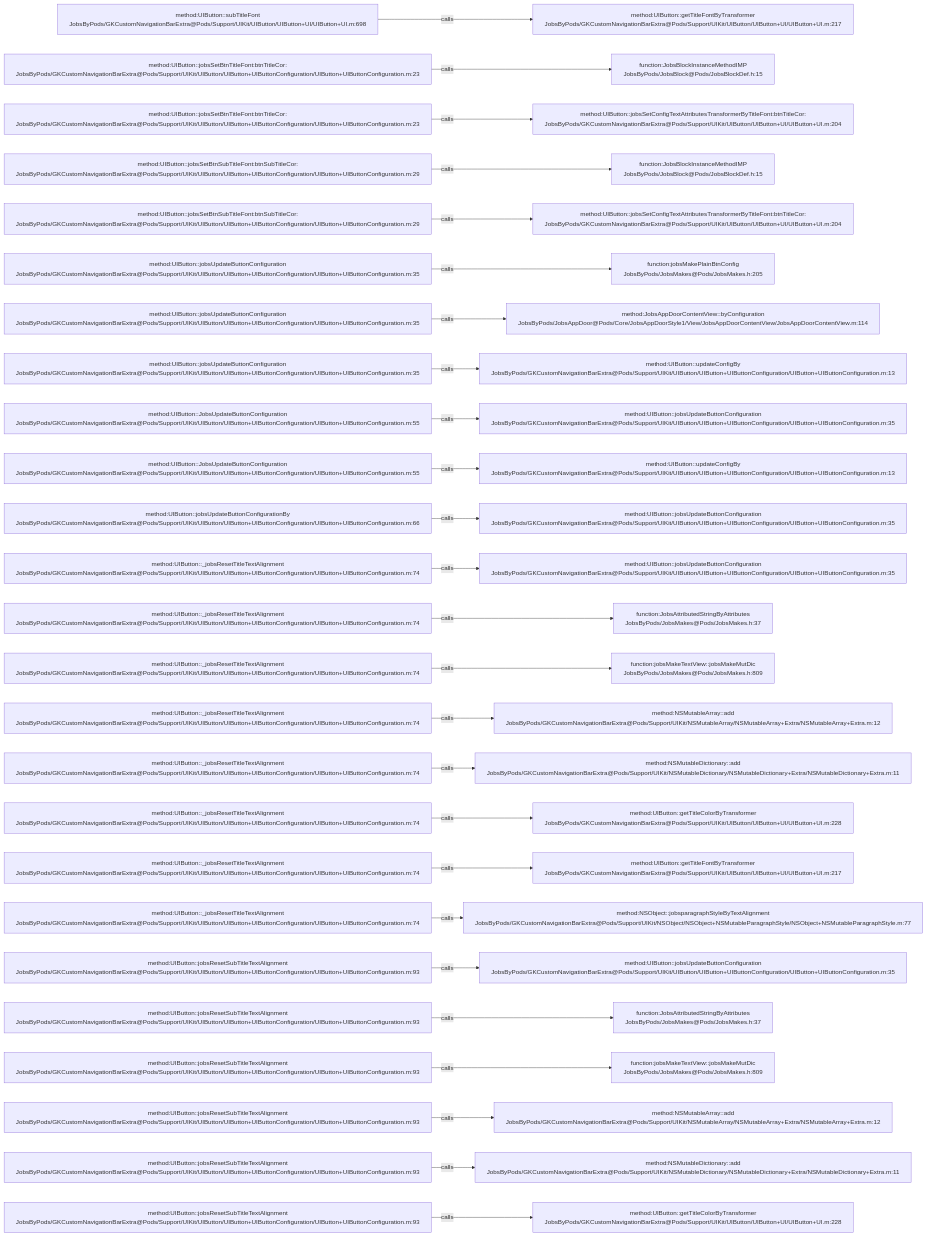
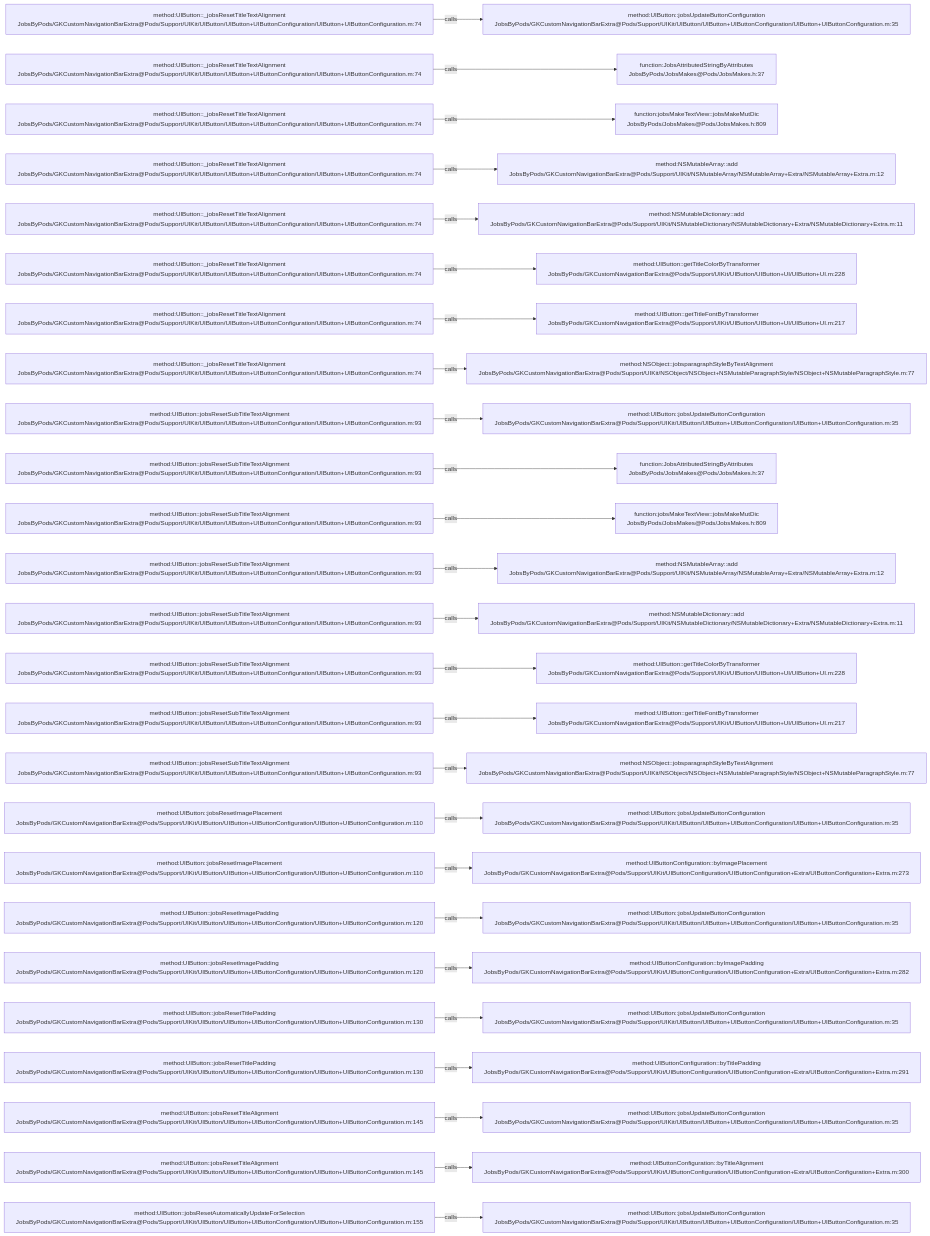
Before and after one commit to JobsKits/JobsOCBaseConfigDemo: the diagram in .codegraph/codegraph.md/graphs/calls-032.md, drawn with Mermaid. The commit also changed 223 other files, not shown here.

````diff
--- a/.codegraph/codegraph.md/graphs/calls-032.md
+++ b/.codegraph/codegraph.md/graphs/calls-032.md
@@ -13,78 +13,78 @@
 ```mermaid
 flowchart LR
-  S1["method:UIButton::subTitleFont<br/>JobsByPods/GKCustomNavigationBarExtra@Pods/Support/UIKit/UIButton/UIButton+UI/UIButton+UI.m:698"]
-  T1["method:UIButton::getTitleFontByTransformer<br/>JobsByPods/GKCustomNavigationBarExtra@Pods/Support/UIKit/UIButton/UIButton+UI/UIButton+UI.m:217"]
+  S1["method:UIButton::_jobsResetTitleTextAlignment<br/>JobsByPods/GKCustomNavigationBarExtra@Pods/Support/UIKit/UIButton/UIButton+UIButtonConfiguration/UIButton+UIButtonConfiguration.m:74"]
+  T1["method:UIButton::jobsUpdateButtonConfiguration<br/>JobsByPods/GKCustomNavigationBarExtra@Pods/Support/UIKit/UIButton/UIButton+UIButtonConfiguration/UIButton+UIButtonConfiguration.m:35"]
   S1 -->|calls| T1
-  S2["method:UIButton::jobsSetBtnTitleFont:btnTitleCor:<br/>JobsByPods/GKCustomNavigationBarExtra@Pods/Support/UIKit/UIButton/UIButton+UIButtonConfiguration/UIButton+UIButtonConfiguration.m:23"]
-  T2["function:JobsBlockInstanceMethodIMP<br/>JobsByPods/JobsBlock@Pods/JobsBlockDef.h:15"]
+  S2["method:UIButton::_jobsResetTitleTextAlignment<br/>JobsByPods/GKCustomNavigationBarExtra@Pods/Support/UIKit/UIButton/UIButton+UIButtonConfiguration/UIButton+UIButtonConfiguration.m:74"]
+  T2["function:JobsAttributedStringByAttributes<br/>JobsByPods/JobsMakes@Pods/JobsMakes.h:37"]
   S2 -->|calls| T2
-  S3["method:UIButton::jobsSetBtnTitleFont:btnTitleCor:<br/>JobsByPods/GKCustomNavigationBarExtra@Pods/Support/UIKit/UIButton/UIButton+UIButtonConfiguration/UIButton+UIButtonConfiguration.m:23"]
-  T3["method:UIButton::jobsSetConfigTextAttributesTransformerByTitleFont:btnTitleCor:<br/>JobsByPods/GKCustomNavigationBarExtra@Pods/Support/UIKit/UIButton/UIButton+UI/UIButton+UI.m:204"]
+  S3["method:UIButton::_jobsResetTitleTextAlignment<br/>JobsByPods/GKCustomNavigationBarExtra@Pods/Support/UIKit/UIButton/UIButton+UIButtonConfiguration/UIButton+UIButtonConfiguration.m:74"]
+  T3["function:jobsMakeTextView::jobsMakeMutDic<br/>JobsByPods/JobsMakes@Pods/JobsMakes.h:809"]
   S3 -->|calls| T3
-  S4["method:UIButton::jobsSetBtnSubTitleFont:btnSubTitleCor:<br/>JobsByPods/GKCustomNavigationBarExtra@Pods/Support/UIKit/UIButton/UIButton+UIButtonConfiguration/UIButton+UIButtonConfiguration.m:29"]
-  T4["function:JobsBlockInstanceMethodIMP<br/>JobsByPods/JobsBlock@Pods/JobsBlockDef.h:15"]
+  S4["method:UIButton::_jobsResetTitleTextAlignment<br/>JobsByPods/GKCustomNavigationBarExtra@Pods/Support/UIKit/UIButton/UIButton+UIButtonConfiguration/UIButton+UIButtonConfiguration.m:74"]
+  T4["method:NSMutableArray::add<br/>JobsByPods/GKCustomNavigationBarExtra@Pods/Support/UIKit/NSMutableArray/NSMutableArray+Extra/NSMutableArray+Extra.m:12"]
   S4 -->|calls| T4
-  S5["method:UIButton::jobsSetBtnSubTitleFont:btnSubTitleCor:<br/>JobsByPods/GKCustomNavigationBarExtra@Pods/Support/UIKit/UIButton/UIButton+UIButtonConfiguration/UIButton+UIButtonConfiguration.m:29"]
-  T5["method:UIButton::jobsSetConfigTextAttributesTransformerByTitleFont:btnTitleCor:<br/>JobsByPods/GKCustomNavigationBarExtra@Pods/Support/UIKit/UIButton/UIButton+UI/UIButton+UI.m:204"]
+  S5["method:UIButton::_jobsResetTitleTextAlignment<br/>JobsByPods/GKCustomNavigationBarExtra@Pods/Support/UIKit/UIButton/UIButton+UIButtonConfiguration/UIButton+UIButtonConfiguration.m:74"]
+  T5["method:NSMutableDictionary::add<br/>JobsByPods/GKCustomNavigationBarExtra@Pods/Support/UIKit/NSMutableDictionary/NSMutableDictionary+Extra/NSMutableDictionary+Extra.m:11"]
   S5 -->|calls| T5
-  S6["method:UIButton::jobsUpdateButtonConfiguration<br/>JobsByPods/GKCustomNavigationBarExtra@Pods/Support/UIKit/UIButton/UIButton+UIButtonConfiguration/UIButton+UIButtonConfiguration.m:35"]
-  T6["function:jobsMakePlainBtnConfig<br/>JobsByPods/JobsMakes@Pods/JobsMakes.h:205"]
+  S6["method:UIButton::_jobsResetTitleTextAlignment<br/>JobsByPods/GKCustomNavigationBarExtra@Pods/Support/UIKit/UIButton/UIButton+UIButtonConfiguration/UIButton+UIButtonConfiguration.m:74"]
+  T6["method:UIButton::getTitleColorByTransformer<br/>JobsByPods/GKCustomNavigationBarExtra@Pods/Support/UIKit/UIButton/UIButton+UI/UIButton+UI.m:228"]
   S6 -->|calls| T6
-  S7["method:UIButton::jobsUpdateButtonConfiguration<br/>JobsByPods/GKCustomNavigationBarExtra@Pods/Support/UIKit/UIButton/UIButton+UIButtonConfiguration/UIButton+UIButtonConfiguration.m:35"]
-  T7["method:JobsAppDoorContentView::byConfiguration<br/>JobsByPods/JobsAppDoor@Pods/Core/JobsAppDoorStyle1/View/JobsAppDoorContentView/JobsAppDoorContentView.m:114"]
+  S7["method:UIButton::_jobsResetTitleTextAlignment<br/>JobsByPods/GKCustomNavigationBarExtra@Pods/Support/UIKit/UIButton/UIButton+UIButtonConfiguration/UIButton+UIButtonConfiguration.m:74"]
+  T7["method:UIButton::getTitleFontByTransformer<br/>JobsByPods/GKCustomNavigationBarExtra@Pods/Support/UIKit/UIButton/UIButton+UI/UIButton+UI.m:217"]
   S7 -->|calls| T7
-  S8["method:UIButton::jobsUpdateButtonConfiguration<br/>JobsByPods/GKCustomNavigationBarExtra@Pods/Support/UIKit/UIButton/UIButton+UIButtonConfiguration/UIButton+UIButtonConfiguration.m:35"]
-  T8["method:UIButton::updateConfigBy<br/>JobsByPods/GKCustomNavigationBarExtra@Pods/Support/UIKit/UIButton/UIButton+UIButtonConfiguration/UIButton+UIButtonConfiguration.m:13"]
+  S8["method:UIButton::_jobsResetTitleTextAlignment<br/>JobsByPods/GKCustomNavigationBarExtra@Pods/Support/UIKit/UIButton/UIButton+UIButtonConfiguration/UIButton+UIButtonConfiguration.m:74"]
+  T8["method:NSObject::jobsparagraphStyleByTextAlignment<br/>JobsByPods/GKCustomNavigationBarExtra@Pods/Support/UIKit/NSObject/NSObject+NSMutableParagraphStyle/NSObject+NSMutableParagraphStyle.m:77"]
   S8 -->|calls| T8
-  S9["method:UIButton::JobsUpdateButtonConfiguration<br/>JobsByPods/GKCustomNavigationBarExtra@Pods/Support/UIKit/UIButton/UIButton+UIButtonConfiguration/UIButton+UIButtonConfiguration.m:55"]
+  S9["method:UIButton::jobsResetSubTitleTextAlignment<br/>JobsByPods/GKCustomNavigationBarExtra@Pods/Support/UIKit/UIButton/UIButton+UIButtonConfiguration/UIButton+UIButtonConfiguration.m:93"]
   T9["method:UIButton::jobsUpdateButtonConfiguration<br/>JobsByPods/GKCustomNavigationBarExtra@Pods/Support/UIKit/UIButton/UIButton+UIButtonConfiguration/UIButton+UIButtonConfiguration.m:35"]
   S9 -->|calls| T9
-  S10["method:UIButton::JobsUpdateButtonConfiguration<br/>JobsByPods/GKCustomNavigationBarExtra@Pods/Support/UIKit/UIButton/UIButton+UIButtonConfiguration/UIButton+UIButtonConfiguration.m:55"]
-  T10["method:UIButton::updateConfigBy<br/>JobsByPods/GKCustomNavigationBarExtra@Pods/Support/UIKit/UIButton/UIButton+UIButtonConfiguration/UIButton+UIButtonConfiguration.m:13"]
+  S10["method:UIButton::jobsResetSubTitleTextAlignment<br/>JobsByPods/GKCustomNavigationBarExtra@Pods/Support/UIKit/UIButton/UIButton+UIButtonConfiguration/UIButton+UIButtonConfiguration.m:93"]
+  T10["function:JobsAttributedStringByAttributes<br/>JobsByPods/JobsMakes@Pods/JobsMakes.h:37"]
   S10 -->|calls| T10
-  S11["method:UIButton::jobsUpdateButtonConfigurationBy<br/>JobsByPods/GKCustomNavigationBarExtra@Pods/Support/UIKit/UIButton/UIButton+UIButtonConfiguration/UIButton+UIButtonConfiguration.m:66"]
-  T11["method:UIButton::jobsUpdateButtonConfiguration<br/>JobsByPods/GKCustomNavigationBarExtra@Pods/Support/UIKit/UIButton/UIButton+UIButtonConfiguration/UIButton+UIButtonConfiguration.m:35"]
+  S11["method:UIButton::jobsResetSubTitleTextAlignment<br/>JobsByPods/GKCustomNavigationBarExtra@Pods/Support/UIKit/UIButton/UIButton+UIButtonConfiguration/UIButton+UIButtonConfiguration.m:93"]
+  T11["function:jobsMakeTextView::jobsMakeMutDic<br/>JobsByPods/JobsMakes@Pods/JobsMakes.h:809"]
   S11 -->|calls| T11
-  S12["method:UIButton::_jobsResetTitleTextAlignment<br/>JobsByPods/GKCustomNavigationBarExtra@Pods/Support/UIKit/UIButton/UIButton+UIButtonConfiguration/UIButton+UIButtonConfiguration.m:74"]
-  T12["method:UIButton::jobsUpdateButtonConfiguration<br/>JobsByPods/GKCustomNavigationBarExtra@Pods/Support/UIKit/UIButton/UIButton+UIButtonConfiguration/UIButton+UIButtonConfiguration.m:35"]
+  S12["method:UIButton::jobsResetSubTitleTextAlignment<br/>JobsByPods/GKCustomNavigationBarExtra@Pods/Support/UIKit/UIButton/UIButton+UIButtonConfiguration/UIButton+UIButtonConfiguration.m:93"]
+  T12["method:NSMutableArray::add<br/>JobsByPods/GKCustomNavigationBarExtra@Pods/Support/UIKit/NSMutableArray/NSMutableArray+Extra/NSMutableArray+Extra.m:12"]
   S12 -->|calls| T12
-  S13["method:UIButton::_jobsResetTitleTextAlignment<br/>JobsByPods/GKCustomNavigationBarExtra@Pods/Support/UIKit/UIButton/UIButton+UIButtonConfiguration/UIButton+UIButtonConfiguration.m:74"]
-  T13["function:JobsAttributedStringByAttributes<br/>JobsByPods/JobsMakes@Pods/JobsMakes.h:37"]
+  S13["method:UIButton::jobsResetSubTitleTextAlignment<br/>JobsByPods/GKCustomNavigationBarExtra@Pods/Support/UIKit/UIButton/UIButton+UIButtonConfiguration/UIButton+UIButtonConfiguration.m:93"]
+  T13["method:NSMutableDictionary::add<br/>JobsByPods/GKCustomNavigationBarExtra@Pods/Support/UIKit/NSMutableDictionary/NSMutableDictionary+Extra/NSMutableDictionary+Extra.m:11"]
   S13 -->|calls| T13
-  S14["method:UIButton::_jobsResetTitleTextAlignment<br/>JobsByPods/GKCustomNavigationBarExtra@Pods/Support/UIKit/UIButton/UIButton+UIButtonConfiguration/UIButton+UIButtonConfiguration.m:74"]
-  T14["function:jobsMakeTextView::jobsMakeMutDic<br/>JobsByPods/JobsMakes@Pods/JobsMakes.h:809"]
+  S14["method:UIButton::jobsResetSubTitleTextAlignment<br/>JobsByPods/GKCustomNavigationBarExtra@Pods/Support/UIKit/UIButton/UIButton+UIButtonConfiguration/UIButton+UIButtonConfiguration.m:93"]
+  T14["method:UIButton::getTitleColorByTransformer<br/>JobsByPods/GKCustomNavigationBarExtra@Pods/Support/UIKit/UIButton/UIButton+UI/UIButton+UI.m:228"]
   S14 -->|calls| T14
-  S15["method:UIButton::_jobsResetTitleTextAlignment<br/>JobsByPods/GKCustomNavigationBarExtra@Pods/Support/UIKit/UIButton/UIButton+UIButtonConfiguration/UIButton+UIButtonConfiguration.m:74"]
-  T15["method:NSMutableArray::add<br/>JobsByPods/GKCustomNavigationBarExtra@Pods/Support/UIKit/NSMutableArray/NSMutableArray+Extra/NSMutableArray+Extra.m:12"]
+  S15["method:UIButton::jobsResetSubTitleTextAlignment<br/>JobsByPods/GKCustomNavigationBarExtra@Pods/Support/UIKit/UIButton/UIButton+UIButtonConfiguration/UIButton+UIButtonConfiguration.m:93"]
+  T15["method:UIButton::getTitleFontByTransformer<br/>JobsByPods/GKCustomNavigationBarExtra@Pods/Support/UIKit/UIButton/UIButton+UI/UIButton+UI.m:217"]
   S15 -->|calls| T15
-  S16["method:UIButton::_jobsResetTitleTextAlignment<br/>JobsByPods/GKCustomNavigationBarExtra@Pods/Support/UIKit/UIButton/UIButton+UIButtonConfiguration/UIButton+UIButtonConfiguration.m:74"]
-  T16["method:NSMutableDictionary::add<br/>JobsByPods/GKCustomNavigationBarExtra@Pods/Support/UIKit/NSMutableDictionary/NSMutableDictionary+Extra/NSMutableDictionary+Extra.m:11"]
+  S16["method:UIButton::jobsResetSubTitleTextAlignment<br/>JobsByPods/GKCustomNavigationBarExtra@Pods/Support/UIKit/UIButton/UIButton+UIButtonConfiguration/UIButton+UIButtonConfiguration.m:93"]
+  T16["method:NSObject::jobsparagraphStyleByTextAlignment<br/>JobsByPods/GKCustomNavigationBarExtra@Pods/Support/UIKit/NSObject/NSObject+NSMutableParagraphStyle/NSObject+NSMutableParagraphStyle.m:77"]
   S16 -->|calls| T16
-  S17["method:UIButton::_jobsResetTitleTextAlignment<br/>JobsByPods/GKCustomNavigationBarExtra@Pods/Support/UIKit/UIButton/UIButton+UIButtonConfiguration/UIButton+UIButtonConfiguration.m:74"]
-  T17["method:UIButton::getTitleColorByTransformer<br/>JobsByPods/GKCustomNavigationBarExtra@Pods/Support/UIKit/UIButton/UIButton+UI/UIButton+UI.m:228"]
+  S17["method:UIButton::jobsResetImagePlacement<br/>JobsByPods/GKCustomNavigationBarExtra@Pods/Support/UIKit/UIButton/UIButton+UIButtonConfiguration/UIButton+UIButtonConfiguration.m:110"]
+  T17["method:UIButton::jobsUpdateButtonConfiguration<br/>JobsByPods/GKCustomNavigationBarExtra@Pods/Support/UIKit/UIButton/UIButton+UIButtonConfiguration/UIButton+UIButtonConfiguration.m:35"]
   S17 -->|calls| T17
-  S18["method:UIButton::_jobsResetTitleTextAlignment<br/>JobsByPods/GKCustomNavigationBarExtra@Pods/Support/UIKit/UIButton/UIButton+UIButtonConfiguration/UIButton+UIButtonConfiguration.m:74"]
-  T18["method:UIButton::getTitleFontByTransformer<br/>JobsByPods/GKCustomNavigationBarExtra@Pods/Support/UIKit/UIButton/UIButton+UI/UIButton+UI.m:217"]
+  S18["method:UIButton::jobsResetImagePlacement<br/>JobsByPods/GKCustomNavigationBarExtra@Pods/Support/UIKit/UIButton/UIButton+UIButtonConfiguration/UIButton+UIButtonConfiguration.m:110"]
+  T18["method:UIButtonConfiguration::byImagePlacement<br/>JobsByPods/GKCustomNavigationBarExtra@Pods/Support/UIKit/UIButtonConfiguration/UIButtonConfiguration+Extra/UIButtonConfiguration+Extra.m:273"]
   S18 -->|calls| T18
-  S19["method:UIButton::_jobsResetTitleTextAlignment<br/>JobsByPods/GKCustomNavigationBarExtra@Pods/Support/UIKit/UIButton/UIButton+UIButtonConfiguration/UIButton+UIButtonConfiguration.m:74"]
-  T19["method:NSObject::jobsparagraphStyleByTextAlignment<br/>JobsByPods/GKCustomNavigationBarExtra@Pods/Support/UIKit/NSObject/NSObject+NSMutableParagraphStyle/NSObject+NSMutableParagraphStyle.m:77"]
+  S19["method:UIButton::jobsResetImagePadding<br/>JobsByPods/GKCustomNavigationBarExtra@Pods/Support/UIKit/UIButton/UIButton+UIButtonConfiguration/UIButton+UIButtonConfiguration.m:120"]
+  T19["method:UIButton::jobsUpdateButtonConfiguration<br/>JobsByPods/GKCustomNavigationBarExtra@Pods/Support/UIKit/UIButton/UIButton+UIButtonConfiguration/UIButton+UIButtonConfiguration.m:35"]
   S19 -->|calls| T19
-  S20["method:UIButton::jobsResetSubTitleTextAlignment<br/>JobsByPods/GKCustomNavigationBarExtra@Pods/Support/UIKit/UIButton/UIButton+UIButtonConfiguration/UIButton+UIButtonConfiguration.m:93"]
-  T20["method:UIButton::jobsUpdateButtonConfiguration<br/>JobsByPods/GKCustomNavigationBarExtra@Pods/Support/UIKit/UIButton/UIButton+UIButtonConfiguration/UIButton+UIButtonConfiguration.m:35"]
+  S20["method:UIButton::jobsResetImagePadding<br/>JobsByPods/GKCustomNavigationBarExtra@Pods/Support/UIKit/UIButton/UIButton+UIButtonConfiguration/UIButton+UIButtonConfiguration.m:120"]
+  T20["method:UIButtonConfiguration::byImagePadding<br/>JobsByPods/GKCustomNavigationBarExtra@Pods/Support/UIKit/UIButtonConfiguration/UIButtonConfiguration+Extra/UIButtonConfiguration+Extra.m:282"]
   S20 -->|calls| T20
-  S21["method:UIButton::jobsResetSubTitleTextAlignment<br/>JobsByPods/GKCustomNavigationBarExtra@Pods/Support/UIKit/UIButton/UIButton+UIButtonConfiguration/UIButton+UIButtonConfiguration.m:93"]
-  T21["function:JobsAttributedStringByAttributes<br/>JobsByPods/JobsMakes@Pods/JobsMakes.h:37"]
+  S21["method:UIButton::jobsResetTitlePadding<br/>JobsByPods/GKCustomNavigationBarExtra@Pods/Support/UIKit/UIButton/UIButton+UIButtonConfiguration/UIButton+UIButtonConfiguration.m:130"]
+  T21["method:UIButton::jobsUpdateButtonConfiguration<br/>JobsByPods/GKCustomNavigationBarExtra@Pods/Support/UIKit/UIButton/UIButton+UIButtonConfiguration/UIButton+UIButtonConfiguration.m:35"]
   S21 -->|calls| T21
-  S22["method:UIButton::jobsResetSubTitleTextAlignment<br/>JobsByPods/GKCustomNavigationBarExtra@Pods/Support/UIKit/UIButton/UIButton+UIButtonConfiguration/UIButton+UIButtonConfiguration.m:93"]
-  T22["function:jobsMakeTextView::jobsMakeMutDic<br/>JobsByPods/JobsMakes@Pods/JobsMakes.h:809"]
+  S22["method:UIButton::jobsResetTitlePadding<br/>JobsByPods/GKCustomNavigationBarExtra@Pods/Support/UIKit/UIButton/UIButton+UIButtonConfiguration/UIButton+UIButtonConfiguration.m:130"]
+  T22["method:UIButtonConfiguration::byTitlePadding<br/>JobsByPods/GKCustomNavigationBarExtra@Pods/Support/UIKit/UIButtonConfiguration/UIButtonConfiguration+Extra/UIButtonConfiguration+Extra.m:291"]
   S22 -->|calls| T22
-  S23["method:UIButton::jobsResetSubTitleTextAlignment<br/>JobsByPods/GKCustomNavigationBarExtra@Pods/Support/UIKit/UIButton/UIButton+UIButtonConfiguration/UIButton+UIButtonConfiguration.m:93"]
-  T23["method:NSMutableArray::add<br/>JobsByPods/GKCustomNavigationBarExtra@Pods/Support/UIKit/NSMutableArray/NSMutableArray+Extra/NSMutableArray+Extra.m:12"]
+  S23["method:UIButton::jobsResetTitleAlignment<br/>JobsByPods/GKCustomNavigationBarExtra@Pods/Support/UIKit/UIButton/UIButton+UIButtonConfiguration/UIButton+UIButtonConfiguration.m:145"]
+  T23["method:UIButton::jobsUpdateButtonConfiguration<br/>JobsByPods/GKCustomNavigationBarExtra@Pods/Support/UIKit/UIButton/UIButton+UIButtonConfiguration/UIButton+UIButtonConfiguration.m:35"]
   S23 -->|calls| T23
-  S24["method:UIButton::jobsResetSubTitleTextAlignment<br/>JobsByPods/GKCustomNavigationBarExtra@Pods/Support/UIKit/UIButton/UIButton+UIButtonConfiguration/UIButton+UIButtonConfiguration.m:93"]
-  T24["method:NSMutableDictionary::add<br/>JobsByPods/GKCustomNavigationBarExtra@Pods/Support/UIKit/NSMutableDictionary/NSMutableDictionary+Extra/NSMutableDictionary+Extra.m:11"]
+  S24["method:UIButton::jobsResetTitleAlignment<br/>JobsByPods/GKCustomNavigationBarExtra@Pods/Support/UIKit/UIButton/UIButton+UIButtonConfiguration/UIButton+UIButtonConfiguration.m:145"]
+  T24["method:UIButtonConfiguration::byTitleAlignment<br/>JobsByPods/GKCustomNavigationBarExtra@Pods/Support/UIKit/UIButtonConfiguration/UIButtonConfiguration+Extra/UIButtonConfiguration+Extra.m:300"]
   S24 -->|calls| T24
-  S25["method:UIButton::jobsResetSubTitleTextAlignment<br/>JobsByPods/GKCustomNavigationBarExtra@Pods/Support/UIKit/UIButton/UIButton+UIButtonConfiguration/UIButton+UIButtonConfiguration.m:93"]
-  T25["method:UIButton::getTitleColorByTransformer<br/>JobsByPods/GKCustomNavigationBarExtra@Pods/Support/UIKit/UIButton/UIButton+UI/UIButton+UI.m:228"]
+  S25["method:UIButton::jobsResetAutomaticallyUpdateForSelection<br/>JobsByPods/GKCustomNavigationBarExtra@Pods/Support/UIKit/UIButton/UIButton+UIButtonConfiguration/UIButton+UIButtonConfiguration.m:155"]
+  T25["method:UIButton::jobsUpdateButtonConfiguration<br/>JobsByPods/GKCustomNavigationBarExtra@Pods/Support/UIKit/UIButton/UIButton+UIButtonConfiguration/UIButton+UIButtonConfiguration.m:35"]
   S25 -->|calls| T25
 ```
````
